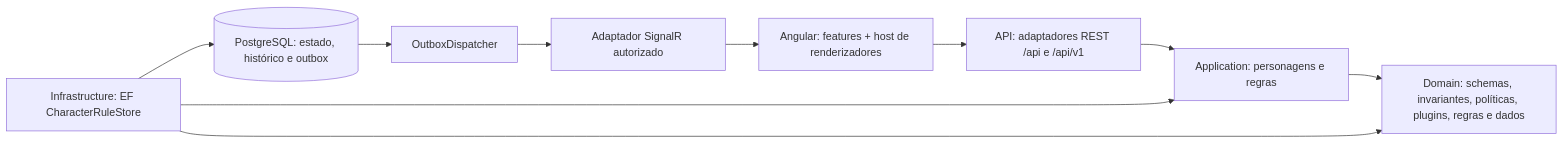
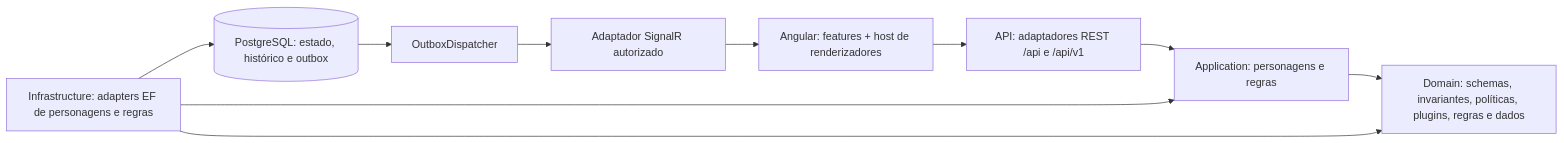
Before and after one commit to Kilop206/Cronicas: the diagram in docs/architecture/TARGET_ARCHITECTURE.md, drawn with Mermaid. The commit also changed other lines of this file and 23 other files, not shown here.

````diff
--- a/docs/architecture/TARGET_ARCHITECTURE.md
+++ b/docs/architecture/TARGET_ARCHITECTURE.md
@@ -5,12 +5,12 @@
 ```mermaid
 flowchart LR
   UI[Angular: features + host de renderizadores] --> HTTP[API: adaptadores REST /api e /api/v1]
   HTTP --> App[Application: personagens e regras]
   App --> Domain[Domain: schemas, invariantes, políticas, plugins, regras e dados]
-  Infra[Infrastructure: EF CharacterRuleStore] --> App
+  Infra[Infrastructure: adapters EF de personagens e regras] --> App
   Infra --> Domain
   Infra --> PG[(PostgreSQL: estado, histórico e outbox)]
   PG --> Dispatcher[OutboxDispatcher]
   Dispatcher --> Handler[Adaptador SignalR autorizado]
   Handler --> UI
 ```
````
